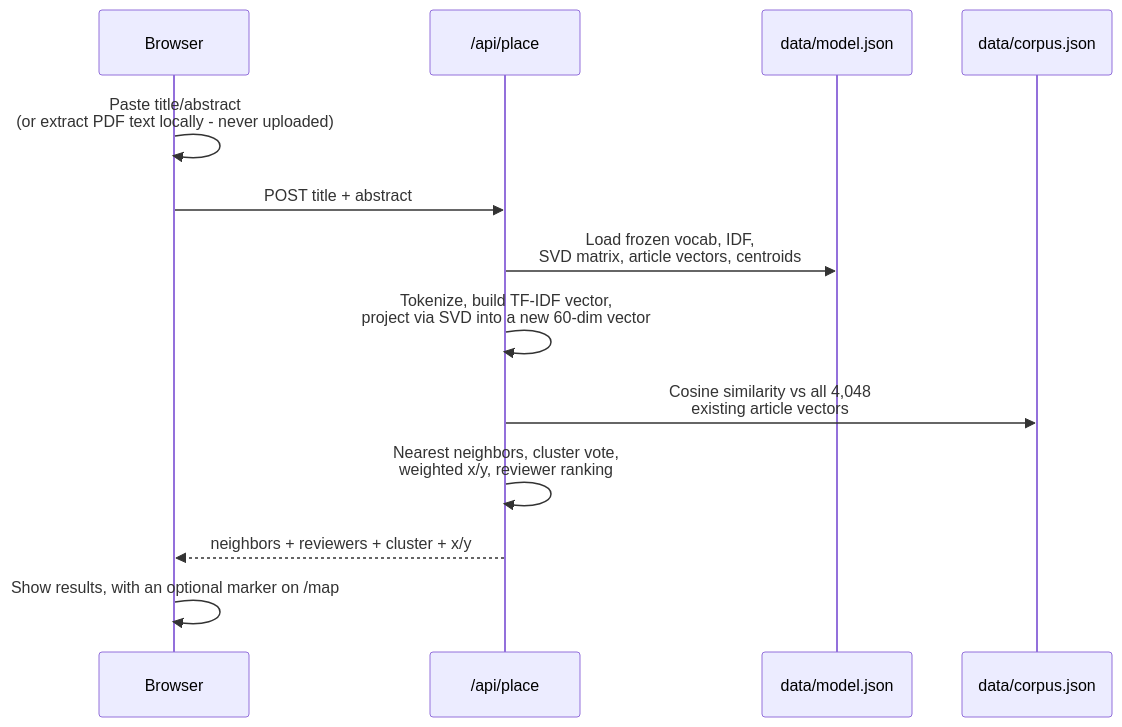
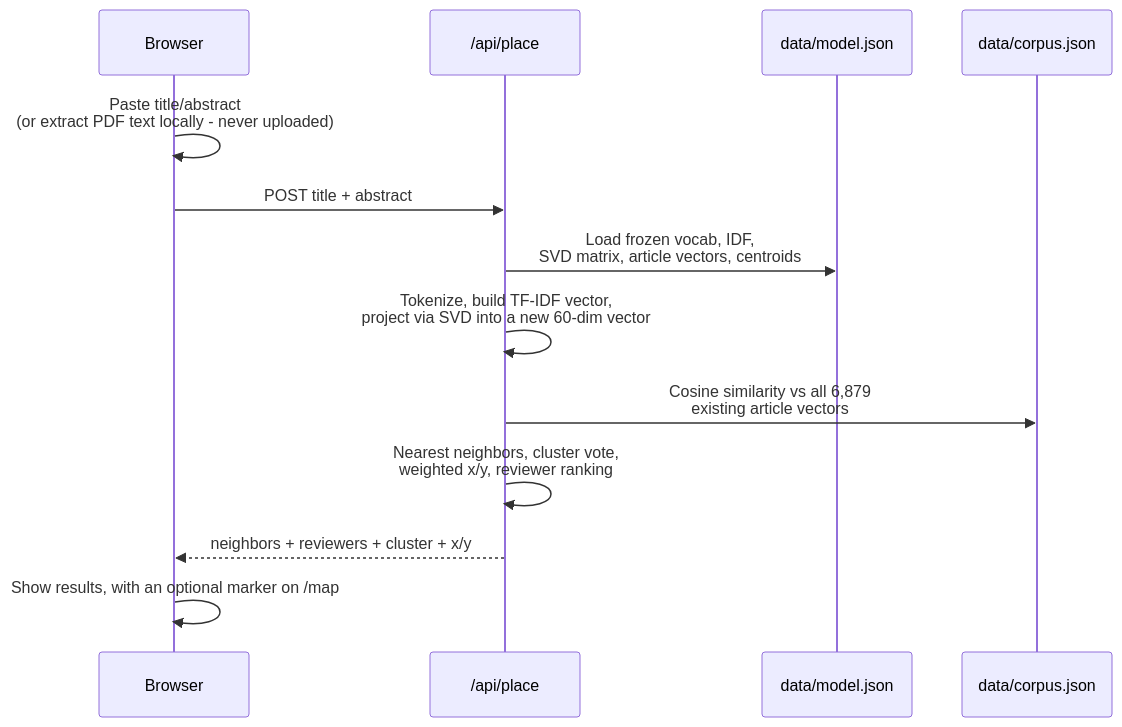
Before and after one commit to david-j-cox/published-landscape: the second of 2 diagrams in README.md, drawn with Mermaid. The commit also changed other lines of this file and 3 other files, not shown here.

````diff
--- a/README.md
+++ b/README.md
@@ -88,16 +88,16 @@
 ```mermaid
 sequenceDiagram
     participant U as Browser
     participant API as /api/place
     participant M as data/model.json
     participant C as data/corpus.json
 
     U->>U: Paste title/abstract<br/>(or extract PDF text locally - never uploaded)
     U->>API: POST title + abstract
     API->>M: Load frozen vocab, IDF,<br/>SVD matrix, article vectors, centroids
     API->>API: Tokenize, build TF-IDF vector,<br/>project via SVD into a new 60-dim vector
-    API->>C: Cosine similarity vs all 4,048<br/>existing article vectors
+    API->>C: Cosine similarity vs all 6,879<br/>existing article vectors
     API->>API: Nearest neighbors, cluster vote,<br/>weighted x/y, reviewer ranking
     API-->>U: neighbors + reviewers + cluster + x/y
     U->>U: Show results, with an optional marker on /map
 ```
````
